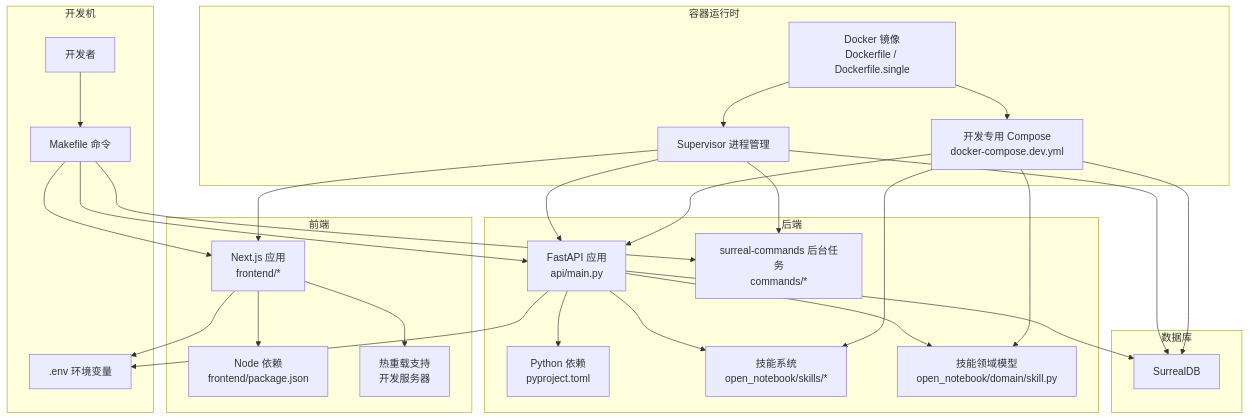
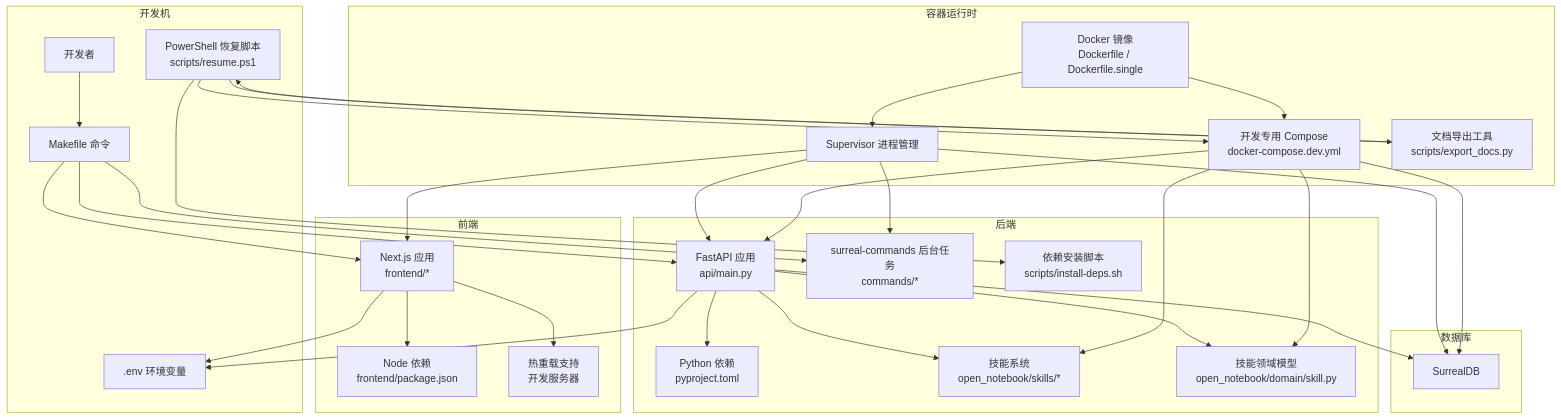
The first of 3 diagrams in .qoder/repowiki/zh/content/开发者指南/开发环境搭建.md (jackeyunjie/open-notebook), drawn with Mermaid before and after one commit. The commit also changed other lines of this file and 24 other files, not shown here.

````diff
--- a/.qoder/repowiki/zh/content/开发者指南/开发环境搭建.md
+++ b/.qoder/repowiki/zh/content/开发者指南/开发环境搭建.md
@@ -62,50 +68,57 @@
 ```mermaid
 graph TB
 subgraph "开发机"
 Dev["开发者"]
 Make["Makefile 命令"]
 Env[".env 环境变量"]
+PS["PowerShell 恢复脚本<br/>scripts/resume.ps1"]
 end
 subgraph "后端"
 API["FastAPI 应用<br/>api/main.py"]
 Worker["surreal-commands 后台任务<br/>commands/*"]
 PyPkg["Python 依赖<br/>pyproject.toml"]
 SkillSystem["技能系统<br/>open_notebook/skills/*"]
 SkillDomain["技能领域模型<br/>open_notebook/domain/skill.py"]
+InstallDeps["依赖安装脚本<br/>scripts/install-deps.sh"]
 end
 subgraph "前端"
 Next["Next.js 应用<br/>frontend/*"]
 Pkg["Node 依赖<br/>frontend/package.json"]
 HotReload["热重载支持<br/>开发服务器"]
 end
 subgraph "数据库"
 DB["SurrealDB"]
 end
 subgraph "容器运行时"
 Sup["Supervisor 进程管理"]
 Img["Docker 镜像<br/>Dockerfile / Dockerfile.single"]
 DevCompose["开发专用 Compose<br/>docker-compose.dev.yml"]
+DocExport["文档导出工具<br/>scripts/export_docs.py"]
 end
 Dev --> Make
 Make --> API
 Make --> Worker
 Make --> Next
+PS --> DevCompose
+PS --> InstallDeps
+PS --> DocExport
 API --> DB
 API --> PyPkg
 API --> SkillSystem
 API --> SkillDomain
 Next --> Pkg
 Next --> HotReload
 API --> Env
 Next --> Env
 Img --> Sup
 Img --> DevCompose
 Sup --> API
 Sup --> Worker
 Sup --> Next
 Sup --> DB
 DevCompose --> API
 DevCompose --> DB
 DevCompose --> SkillSystem
 DevCompose --> SkillDomain
+DocExport --> PS
 ```
````
